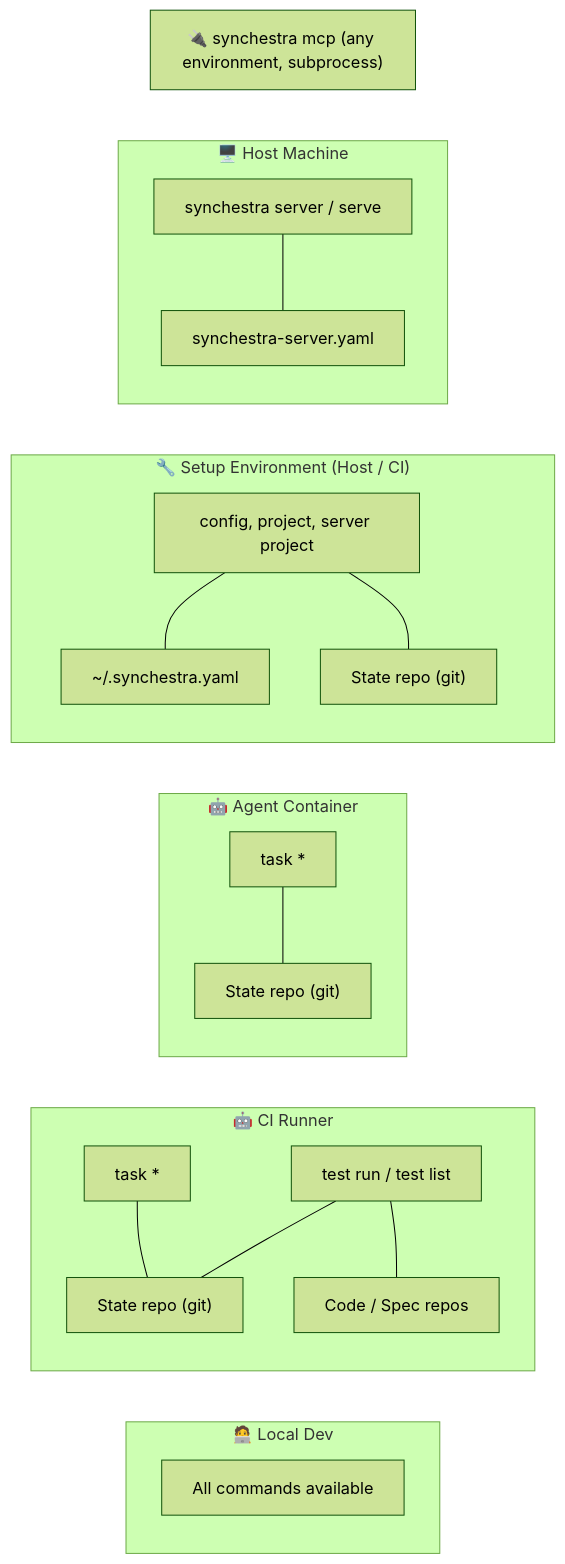
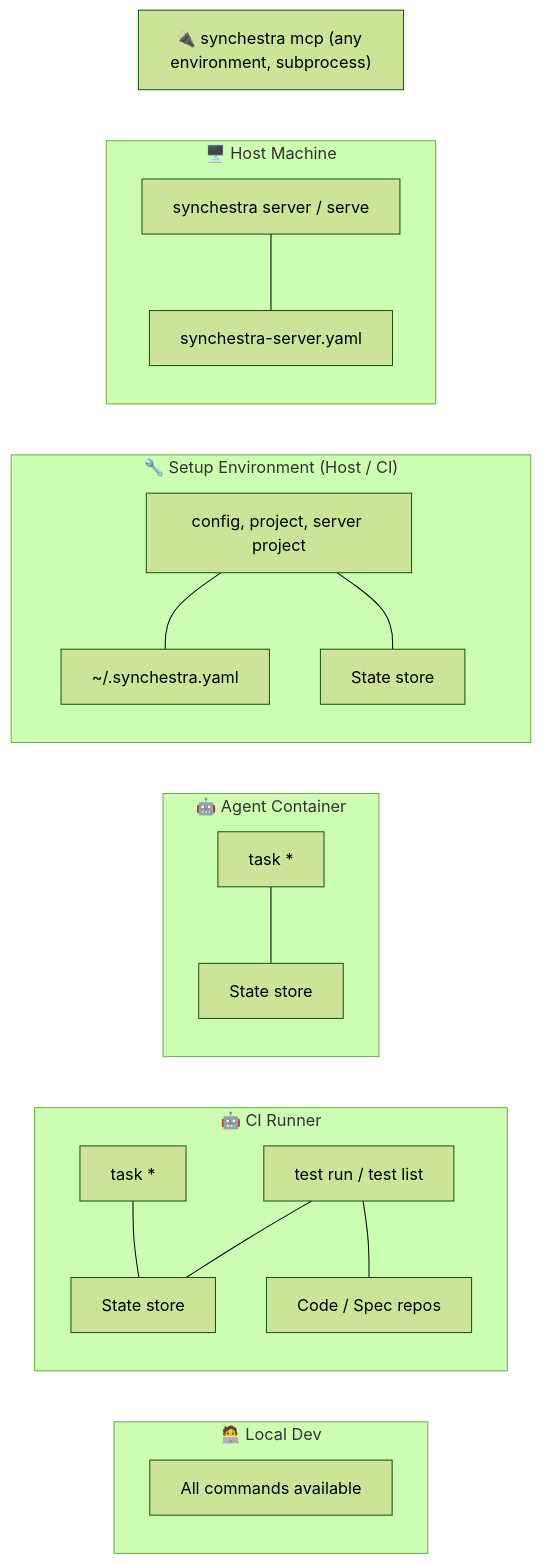
Before and after one commit to synchestra-io/synchestra: the diagram in spec/features/cli/command-environments.md, drawn with Mermaid (forest theme). The commit also changed other lines of this file, not shown here.

First line of the commit message:
fix(cli): use state store abstraction in command environments doc

````diff
--- a/spec/features/cli/command-environments.md
+++ b/spec/features/cli/command-environments.md
@@ -13,49 +17,49 @@
 ```mermaid
 graph TB
     subgraph Host["🖥️ Host Machine"]
         direction TB
         Daemon["synchestra server / serve"]
         ServerConfig["synchestra-server.yaml"]
         Daemon --- ServerConfig
     end
 
     subgraph SetupEnv["🔧 Setup Environment (Host / CI)"]
         direction TB
         Setup["config, project, server project"]
         UserConfig["~/.synchestra.yaml"]
-        GitSetup["State repo (git)"]
+        StateSetup["State store"]
         Setup --- UserConfig
-        Setup --- GitSetup
+        Setup --- StateSetup
     end
 
     subgraph AgentContainer["🤖 Agent Container"]
         direction TB
         TaskCmds["task *"]
-        GitState["State repo (git)"]
-        TaskCmds --- GitState
+        StateStore["State store"]
+        TaskCmds --- StateStore
     end
 
     subgraph CIRunner["🤖 CI Runner"]
         direction TB
         TaskCmdsCI["task *"]
         TestCmds["test run / test list"]
-        GitStateCI["State repo (git)"]
+        StateStoreCI["State store"]
         CodeRepos["Code / Spec repos"]
-        TaskCmdsCI --- GitStateCI
-        TestCmds --- GitStateCI
+        TaskCmdsCI --- StateStoreCI
+        TestCmds --- StateStoreCI
         TestCmds --- CodeRepos
     end
 
     subgraph LocalDev["🧑‍💻 Local Dev"]
         direction TB
         AllCmds["All commands available"]
     end
 
     MCP["🔌 synchestra mcp (any environment, subprocess)"]
 
     Host ~~~ SetupEnv
     SetupEnv ~~~ AgentContainer
     AgentContainer ~~~ CIRunner
     CIRunner ~~~ LocalDev
     MCP ~~~ Host
 ```
````
